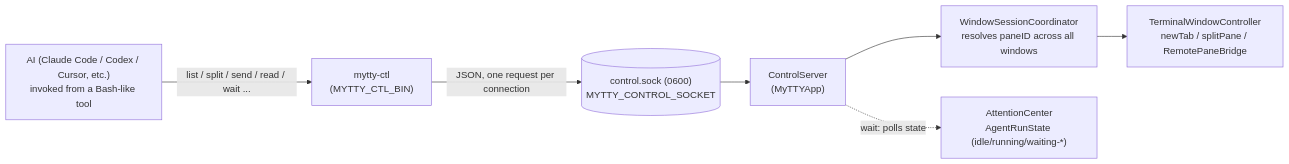
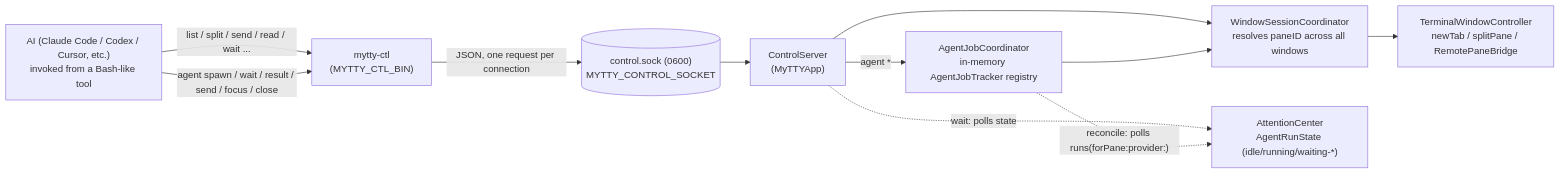
One commit to m-tkg/Mytty changed the first of 2 diagrams in docs/explanation/mytty-ctl-architecture.md. Above: the diagram before and after it, drawn with Mermaid. The commit also changed other lines of this file and 33 other files, not shown here.

````diff
--- a/docs/explanation/mytty-ctl-architecture.md
+++ b/docs/explanation/mytty-ctl-architecture.md
@@ -19,17 +20,22 @@
 ```mermaid
 graph LR
     AI["AI (Claude Code / Codex / Cursor, etc.)<br/>invoked from a Bash-like tool"]
     CLI["mytty-ctl<br/>(MYTTY_CTL_BIN)"]
     SOCK[("control.sock (0600)<br/>MYTTY_CONTROL_SOCKET")]
     SRV["ControlServer<br/>(MyTTYApp)"]
     WSC["WindowSessionCoordinator<br/>resolves paneID across all windows"]
     TWC["TerminalWindowController<br/>newTab / splitPane / RemotePaneBridge"]
     AC["AttentionCenter<br/>AgentRunState (idle/running/waiting-*)"]
+    AJC["AgentJobCoordinator<br/>in-memory AgentJobTracker registry"]
 
     AI -->|"list / split / send / read / wait ..."| CLI
+    AI -->|"agent spawn / wait / result / send / focus / close"| CLI
     CLI -->|"JSON, one request per connection"| SOCK
     SOCK --> SRV
     SRV --> WSC
     WSC --> TWC
     SRV -.->|"wait: polls state"| AC
+    SRV -->|"agent *"| AJC
+    AJC --> WSC
+    AJC -.->|"reconcile: polls runs(forPane:provider:)"| AC
 ```
````
